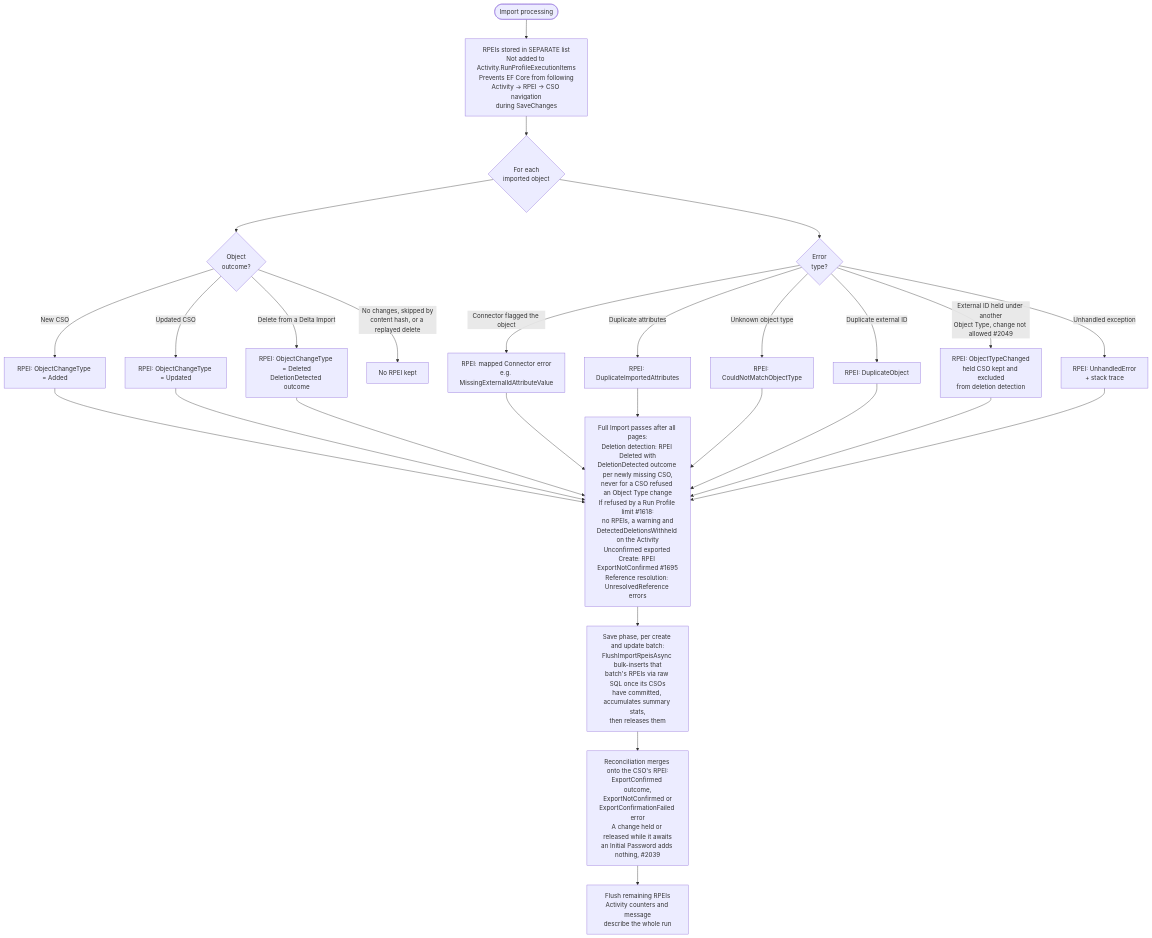
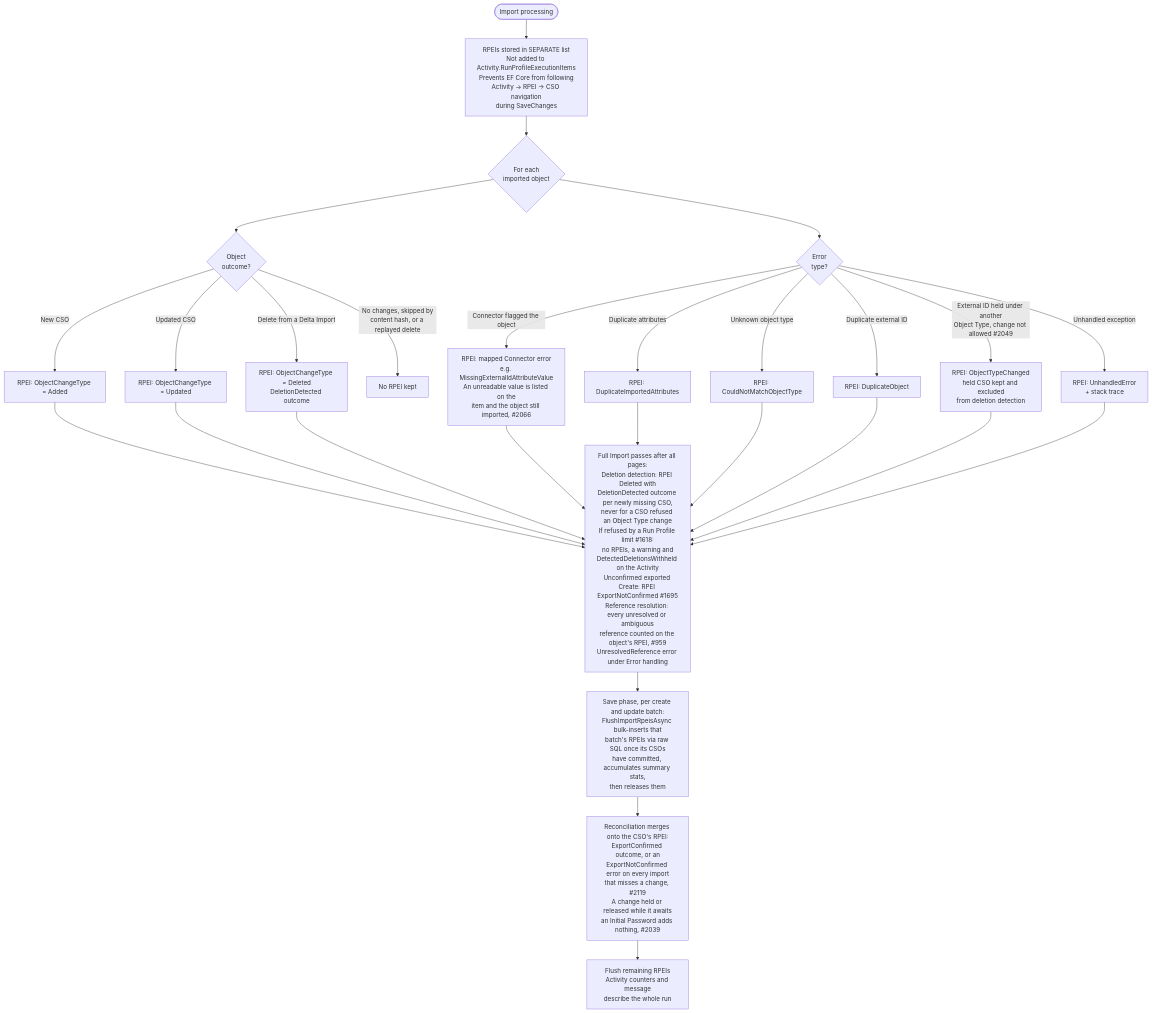
Before and after one commit to TetronIO/JIM: the second of 6 diagrams in engineering/developer/diagrams/ACTIVITY_AND_RPEI_FLOW.md, drawn with Mermaid. The commit also changed other lines of this file and 5 other files, not shown here.

````diff
--- a/engineering/developer/diagrams/ACTIVITY_AND_RPEI_FLOW.md
+++ b/engineering/developer/diagrams/ACTIVITY_AND_RPEI_FLOW.md
@@ -74,35 +74,35 @@
 ```mermaid
 flowchart TD
     ImportStart([Import processing]) --> SeparateList[RPEIs stored in SEPARATE list<br/>Not added to Activity.RunProfileExecutionItems<br/>Prevents EF Core from following<br/>Activity -> RPEI -> CSO navigation<br/>during SaveChanges]
 
     SeparateList --> PerObject{For each<br/>imported object}
 
     PerObject --> Success{Object<br/>outcome?}
     Success -->|New CSO| AddedRPEI[RPEI: ObjectChangeType = Added]
     Success -->|Updated CSO| UpdatedRPEI[RPEI: ObjectChangeType = Updated]
     Success -->|Delete from a Delta Import| DeletedRPEI[RPEI: ObjectChangeType = Deleted<br/>DeletionDetected outcome]
     Success -->|No changes, skipped by<br/>content hash, or a replayed delete| NoRPEI[No RPEI kept]
 
     PerObject --> Error{Error<br/>type?}
-    Error -->|Connector flagged the object| ConnRPEI[RPEI: mapped Connector error<br/>e.g. MissingExternalIdAttributeValue]
+    Error -->|Connector flagged the object| ConnRPEI[RPEI: mapped Connector error<br/>e.g. MissingExternalIdAttributeValue<br/>An unreadable value is listed on the<br/>item and the object still imported, #2066]
     Error -->|Duplicate attributes| DupAttrRPEI[RPEI: DuplicateImportedAttributes]
     Error -->|Unknown object type| TypeRPEI[RPEI: CouldNotMatchObjectType]
     Error -->|Duplicate external ID| DupObjRPEI[RPEI: DuplicateObject]
     Error -->|External ID held under another<br/>Object Type, change not allowed #2049| TypeChangedRPEI[RPEI: ObjectTypeChanged<br/>held CSO kept and excluded<br/>from deletion detection]
     Error -->|Unhandled exception| UnhandledRPEI[RPEI: UnhandledError<br/>+ stack trace]
 
     AddedRPEI --> PostPasses
     UpdatedRPEI --> PostPasses
     DeletedRPEI --> PostPasses
     ConnRPEI --> PostPasses
     DupAttrRPEI --> PostPasses
     TypeRPEI --> PostPasses
     DupObjRPEI --> PostPasses
     TypeChangedRPEI --> PostPasses
     UnhandledRPEI --> PostPasses
 
-    PostPasses[Full Import passes after all pages:<br/>Deletion detection: RPEI Deleted with<br/>DeletionDetected outcome per newly missing CSO,<br/>never for a CSO refused an Object Type change<br/>If refused by a Run Profile limit #1618:<br/>no RPEIs, a warning and<br/>DetectedDeletionsWithheld on the Activity<br/>Unconfirmed exported Create: RPEI ExportNotConfirmed #1695<br/>Reference resolution: UnresolvedReference errors]
+    PostPasses[Full Import passes after all pages:<br/>Deletion detection: RPEI Deleted with<br/>DeletionDetected outcome per newly missing CSO,<br/>never for a CSO refused an Object Type change<br/>If refused by a Run Profile limit #1618:<br/>no RPEIs, a warning and<br/>DetectedDeletionsWithheld on the Activity<br/>Unconfirmed exported Create: RPEI ExportNotConfirmed #1695<br/>Reference resolution: every unresolved or ambiguous<br/>reference counted on the object's RPEI, #959<br/>UnresolvedReference error under Error handling]
     PostPasses --> Batches[Save phase, per create and update batch:<br/>FlushImportRpeisAsync bulk-inserts that<br/>batch's RPEIs via raw SQL once its CSOs<br/>have committed, accumulates summary stats,<br/>then releases them]
-    Batches --> Reconcile[Reconciliation merges onto the CSO's RPEI:<br/>ExportConfirmed outcome,<br/>ExportNotConfirmed or<br/>ExportConfirmationFailed error<br/>A change held or released while it awaits<br/>an Initial Password adds nothing, #2039]
+    Batches --> Reconcile[Reconciliation merges onto the CSO's RPEI:<br/>ExportConfirmed outcome, or an<br/>ExportNotConfirmed error on every import<br/>that misses a change, #2119<br/>A change held or released while it awaits<br/>an Initial Password adds nothing, #2039]
     Reconcile --> FinalFlush[Flush remaining RPEIs<br/>Activity counters and message<br/>describe the whole run]
 ```
````
